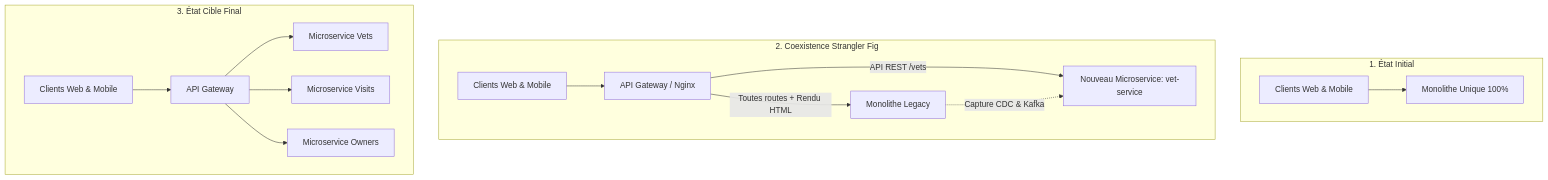
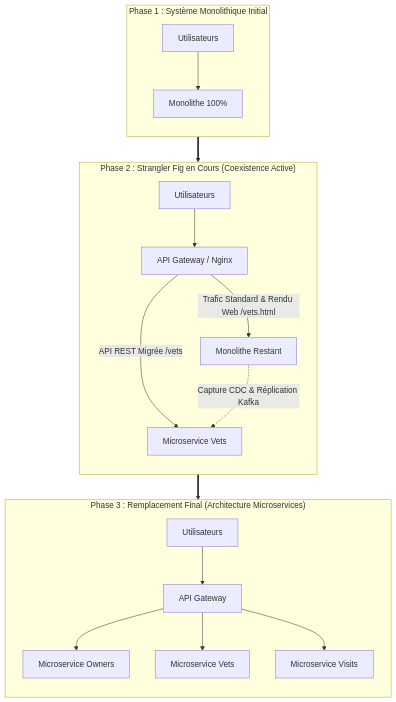
One commit to abdochiguer/Monolith-to-Microservices-Migration changed the second of 8 diagrams in README.md. Above: the diagram before and after it, drawn with Mermaid. The commit also changed other lines of this file, not shown here.

````diff
--- a/README.md
+++ b/README.md
@@ -106,20 +84,25 @@
 ```mermaid
 flowchart TD
-    subgraph 1. État Initial
-        C1[Clients Web & Mobile] --> M1[Monolithe Unique 100%]
+    subgraph P1["Phase 1 : Système Monolithique Initial"]
+        direction TB
+        U1[Utilisateurs] --> M1[Monolithe 100%]
     end
 
-    subgraph 2. Coexistence Strangler Fig
-        C2[Clients Web & Mobile] --> GW[API Gateway / Nginx]
-        GW -->|Toutes routes + Rendu HTML| M2[Monolithe Legacy]
-        GW -->|API REST /vets| MS[Nouveau Microservice: vet-service]
-        M2 -.->|Capture CDC & Kafka| MS
+    subgraph P2["Phase 2 : Strangler Fig en Cours (Coexistence Active)"]
+        direction TB
+        U2[Utilisateurs] --> GW[API Gateway / Nginx]
+        GW -->|Trafic Standard & Rendu Web /vets.html| M2[Monolithe Restant]
+        GW -->|API REST Migrée /vets| MS[Microservice Vets]
+        M2 -.->|Capture CDC & Réplication Kafka| MS
     end
 
-    subgraph 3. État Cible Final
-        C3[Clients Web & Mobile] --> GW2[API Gateway]
-        GW2 --> MS_Vets[Microservice Vets]
-        GW2 --> MS_Visits[Microservice Visits]
-        GW2 --> MS_Owners[Microservice Owners]
+    subgraph P3["Phase 3 : Remplacement Final (Architecture Microservices)"]
+        direction TB
+        U3[Utilisateurs] --> GW3[API Gateway]
+        GW3 --> S1[Microservice Owners]
+        GW3 --> S2[Microservice Vets]
+        GW3 --> S3[Microservice Visits]
     end
+
+    P1 ==> P2 ==> P3
 ```
````
